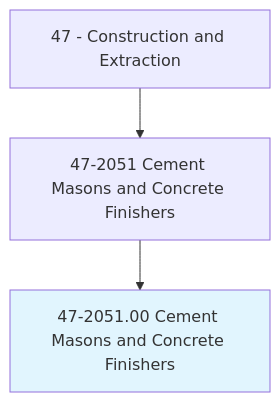
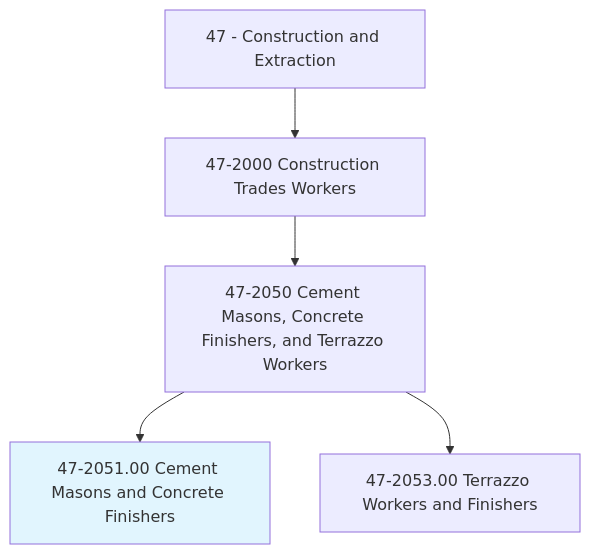
The first of 4 diagrams in occupations/Construction/CementMasonsAndConcreteFinishers.mdx (kziemski/business.org.ai), drawn with Mermaid before and after one commit. The commit also changed other lines of this file and 938 other files, not shown here.

````diff
--- a/occupations/Construction/CementMasonsAndConcreteFinishers.mdx
+++ b/occupations/Construction/CementMasonsAndConcreteFinishers.mdx
@@ -19,6 +23,8 @@
 ```mermaid
 graph TD
-    Cat47["47 - Construction and Extraction"] --> Group472051["47-2051 Cement Masons and Concrete Finishers"]
-    Group472051 --> Current["47-2051.00 Cement Masons and Concrete Finishers"]
+    Cat47["47 - Construction and Extraction"] --> Group472["47-2000 Construction Trades Workers"]
+    Group472 --> Group4720["47-2050 Cement Masons, Concrete Finishers, and Terrazzo Workers"]
+    Group4720 --> Current["47-2051.00 Cement Masons and Concrete Finishers"]
+    Group4720 --> Terrazzo["47-2053.00 Terrazzo Workers and Finishers"]
     style Current fill:#e1f5fe
 ```
````
